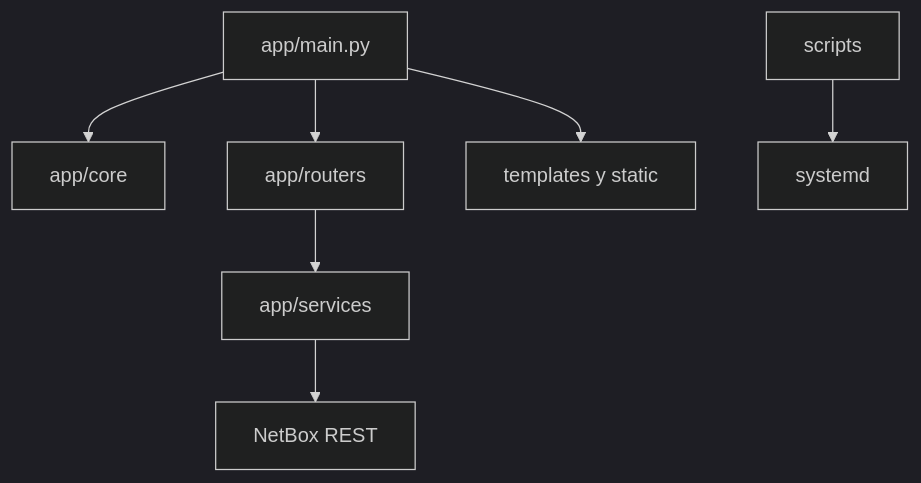
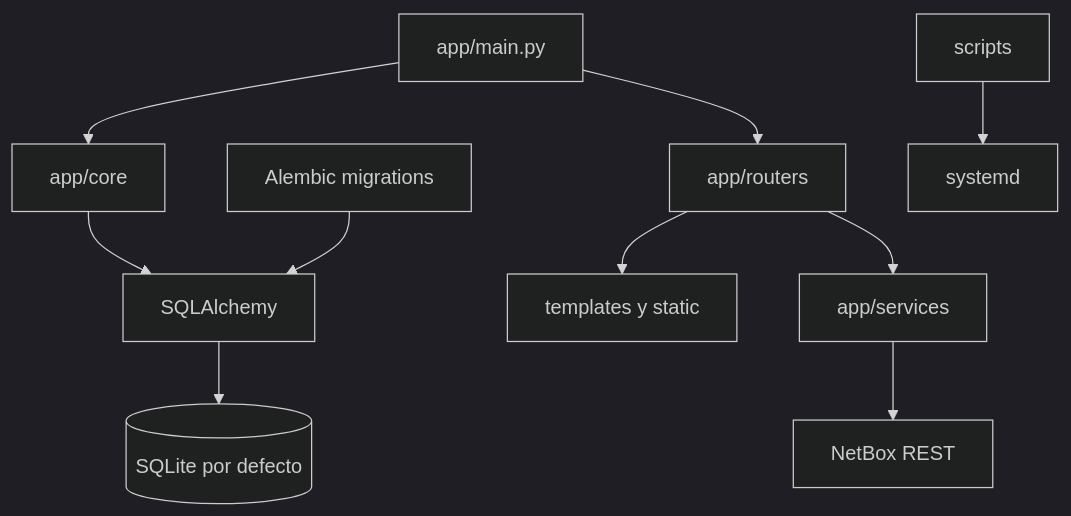
One commit to tito9903-byte/netdoc changed the second of 2 diagrams in docs/ARCHITECTURE.md. Above: the diagram before and after it, drawn with Mermaid (dark theme). The commit also changed other lines of this file and 55 other files, not shown here.

````diff
--- a/docs/ARCHITECTURE.md
+++ b/docs/ARCHITECTURE.md
@@ -16,9 +16,12 @@
 ```mermaid
 flowchart TB
   M[app/main.py] --> C[app/core]
   M --> R[app/routers]
   R --> S[app/services]
-  M --> T[templates y static]
+  R --> T[templates y static]
   S --> B[NetBox REST]
-  D[scripts] --> SYS[systemd]
+  C --> DB[SQLAlchemy]
+  DB --> L[(SQLite por defecto)]
+  MIG[Alembic migrations] --> DB
+  DPL[scripts] --> SYS[systemd]
 ```
````
